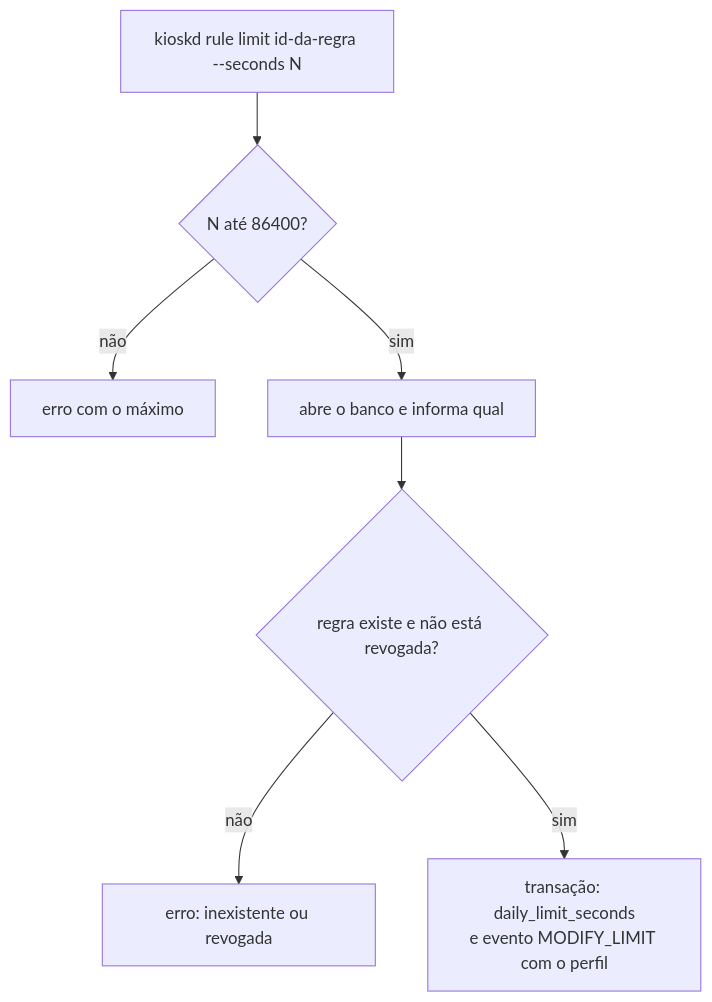
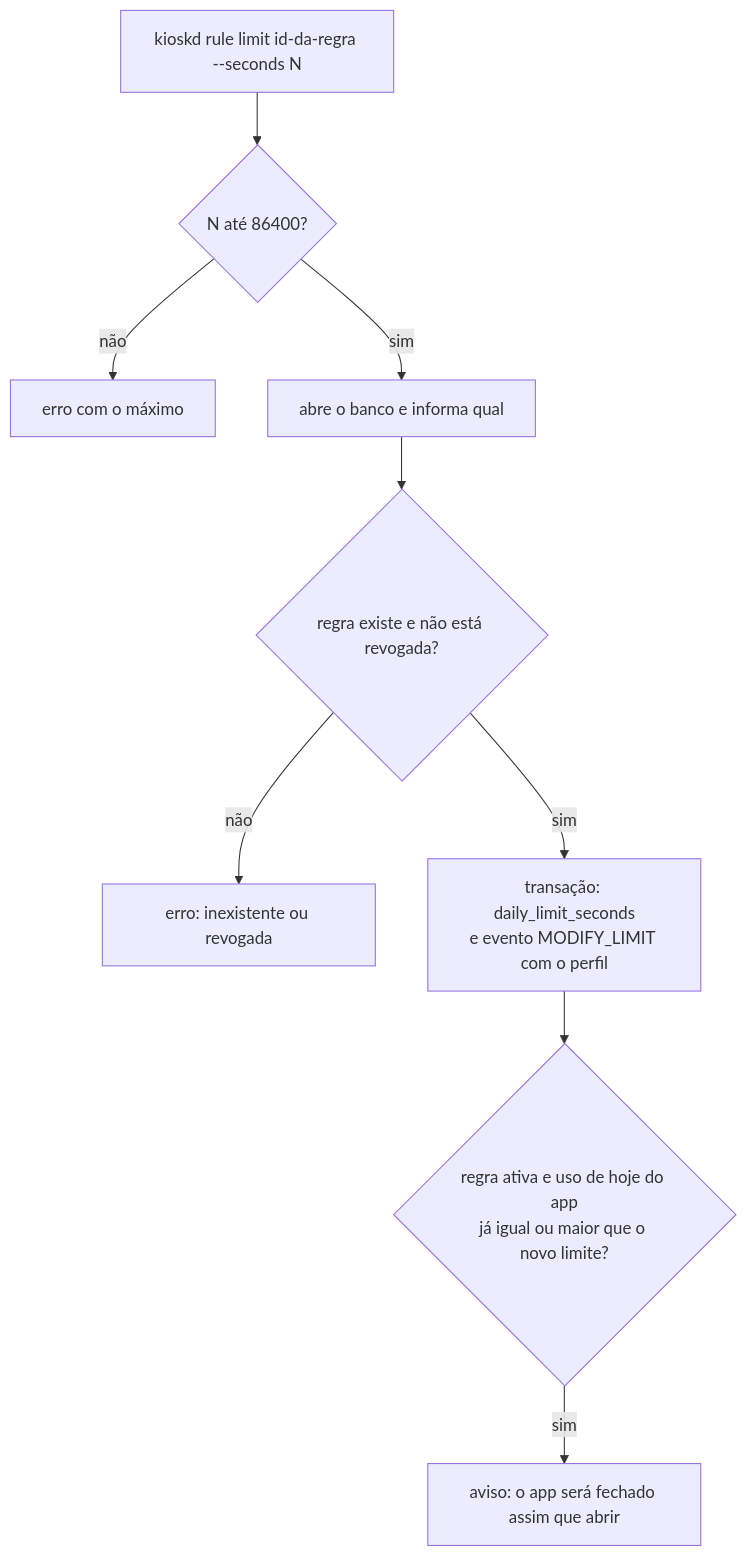
Before and after one commit to jefersonlop3s/kiosk-engine: diagram 16 of 28 in docs/architecture/fluxos-dos-comandos.md, drawn with Mermaid. The commit also changed other lines of this file and 11 other files, not shown here.

````diff
--- a/docs/architecture/fluxos-dos-comandos.md
+++ b/docs/architecture/fluxos-dos-comandos.md
@@ -240,9 +251,11 @@
 ```mermaid
 flowchart TD
     A["kioskd rule limit id-da-regra --seconds N"] --> B{"N até 86400?"}
     B -->|não| E1["erro com o máximo"]
     B -->|sim| C["abre o banco e informa qual"]
     C --> D{"regra existe e não está revogada?"}
     D -->|não| E2["erro: inexistente ou revogada"]
     D -->|sim| F["transação: daily_limit_seconds<br/>e evento MODIFY_LIMIT com o perfil"]
+    F --> W{"regra ativa e uso de hoje do app<br/>já igual ou maior que o novo limite?"}
+    W -->|sim| W1["aviso: o app será fechado assim que abrir"]
 ```
````
